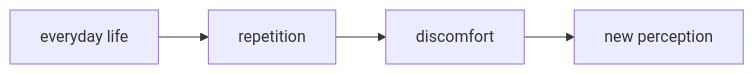
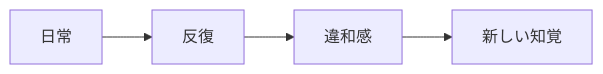
Before and after one commit to monumental-movement/monumental-movement.github.io: the second of 3 diagrams in en/_posts/2026-04-25-column-andy-warhol-velvet-underground.md, drawn with Mermaid. The commit also changed other lines of this file and 2196 other files, not shown here.

```diff
--- a/en/_posts/2026-04-25-column-andy-warhol-velvet-underground.md
+++ b/en/_posts/2026-04-25-column-andy-warhol-velvet-underground.md
@@ -127,6 +127,6 @@
 <div class="mermaid">
 flowchart LR
-A[everyday life] --> B[repetition]
-B --> C[discomfort]
-C --> D[new perception]
+A[日常] --> B[反復]
+B --> C[違和感]
+C --> D[新しい知覚]
 </div>
```
